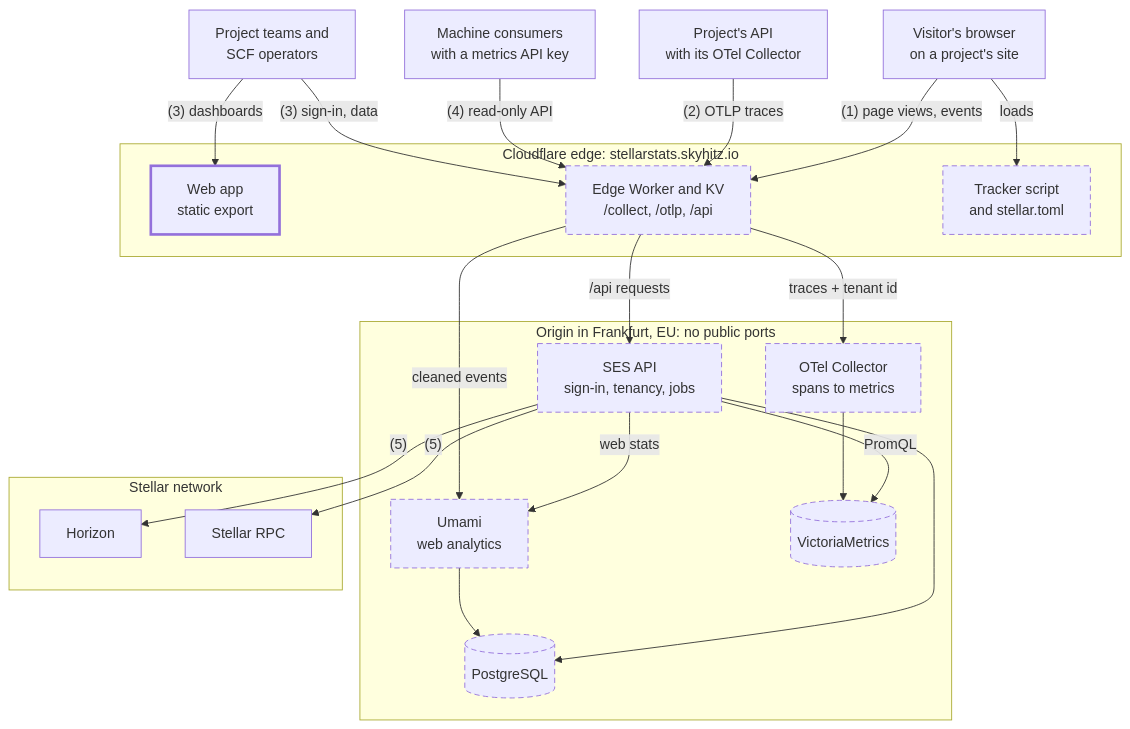
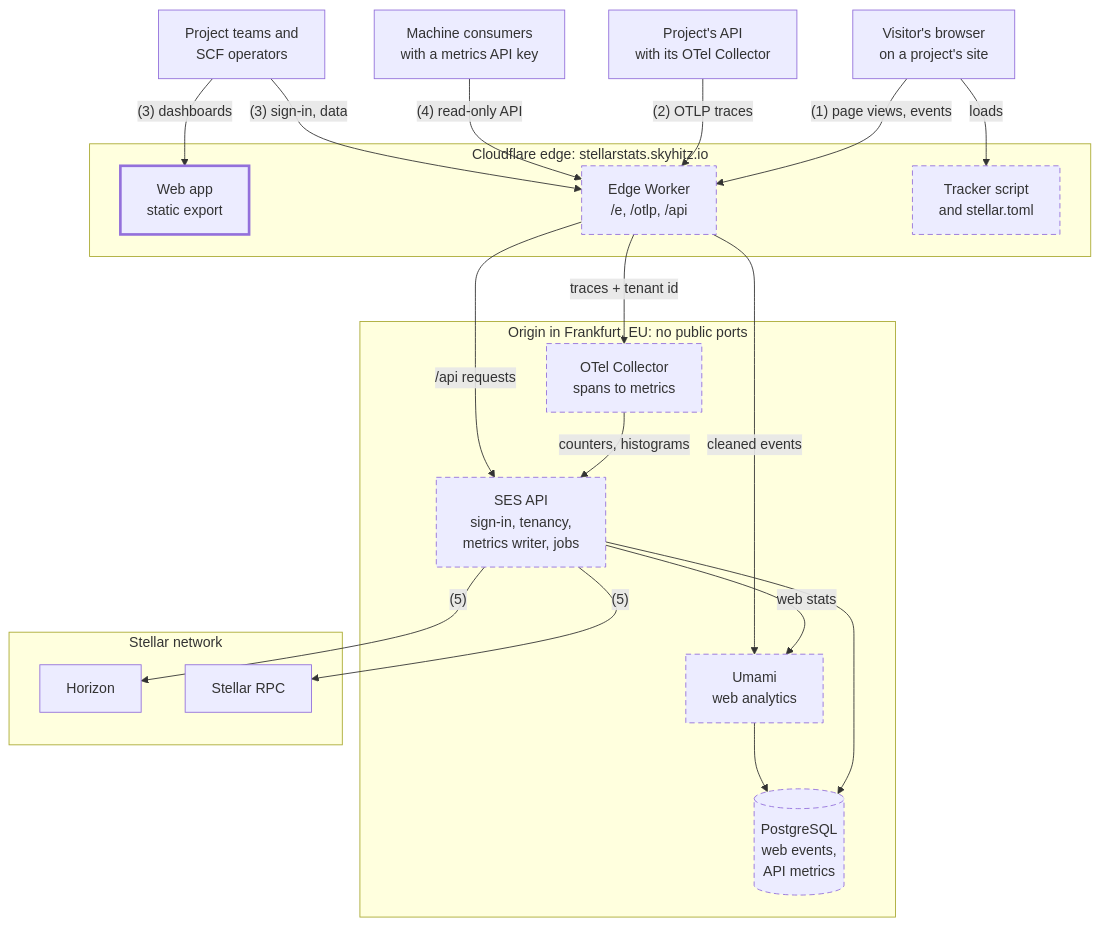
Before and after one commit to skyhitz/stellar-ecosystem: the first of 2 diagrams in docs/ARCHITECTURE.md, drawn with Mermaid. The commit also changed other lines of this file, not shown here.

First line of the commit message:
Store API metrics in PostgreSQL and align the architecture with the RFP

````diff
--- a/docs/ARCHITECTURE.md
+++ b/docs/ARCHITECTURE.md
@@ -69,48 +81,46 @@
 ```mermaid
 flowchart TB
   people["Project teams and<br/>SCF operators"]
   machine["Machine consumers<br/>with a metrics API key"]
   service["Project's API<br/>with its OTel Collector"]
   visitor["Visitor's browser<br/>on a project's site"]
 
   subgraph cf["Cloudflare edge: stellarstats.skyhitz.io"]
     webapp["Web app<br/>static export"]
-    gateway["Edge Worker and KV<br/>/collect, /otlp, /api"]
+    gateway["Edge Worker<br/>/e, /otlp, /api"]
     files["Tracker script<br/>and stellar.toml"]
   end
 
   subgraph eu["Origin in Frankfurt, EU: no public ports"]
     umami["Umami<br/>web analytics"]
     collector["OTel Collector<br/>spans to metrics"]
-    sesapi["SES API<br/>sign-in, tenancy, jobs"]
-    pg[("PostgreSQL")]
-    vm[("VictoriaMetrics")]
+    sesapi["SES API<br/>sign-in, tenancy,<br/>metrics writer, jobs"]
+    pg[("PostgreSQL<br/>web events,<br/>API metrics")]
   end
 
   subgraph stellar["Stellar network"]
     horizon["Horizon"]
     rpc["Stellar RPC"]
   end
 
   people -->|"(3) dashboards"| webapp
   people -->|"(3) sign-in, data"| gateway
   machine -->|"(4) read-only API"| gateway
   service -->|"(2) OTLP traces"| gateway
   visitor -->|"(1) page views, events"| gateway
   visitor -->|"loads"| files
   gateway -->|"cleaned events"| umami
   gateway -->|"traces + tenant id"| collector
   gateway -->|"/api requests"| sesapi
+  collector -->|"counters, histograms"| sesapi
   umami --> pg
-  collector --> vm
   sesapi --> pg
   sesapi -->|"web stats"| umami
-  sesapi -->|"PromQL"| vm
   sesapi -->|"(5)"| horizon
   sesapi -->|"(5)"| rpc
 
   classDef live stroke-width:3px
   classDef planned stroke-dasharray:6 4
   class webapp live
-  class files,gateway,umami,collector,sesapi,pg,vm planned
+  class files,gateway,umami,collector,sesapi,pg planned
 ```
````
